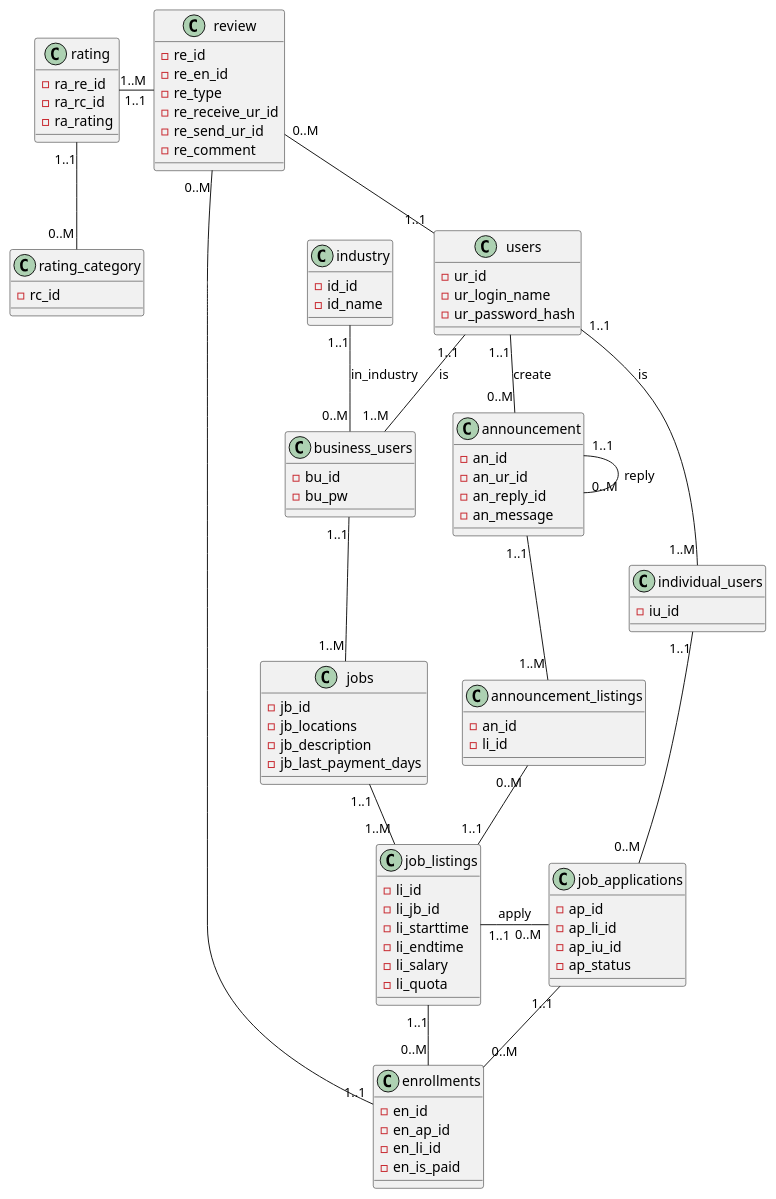
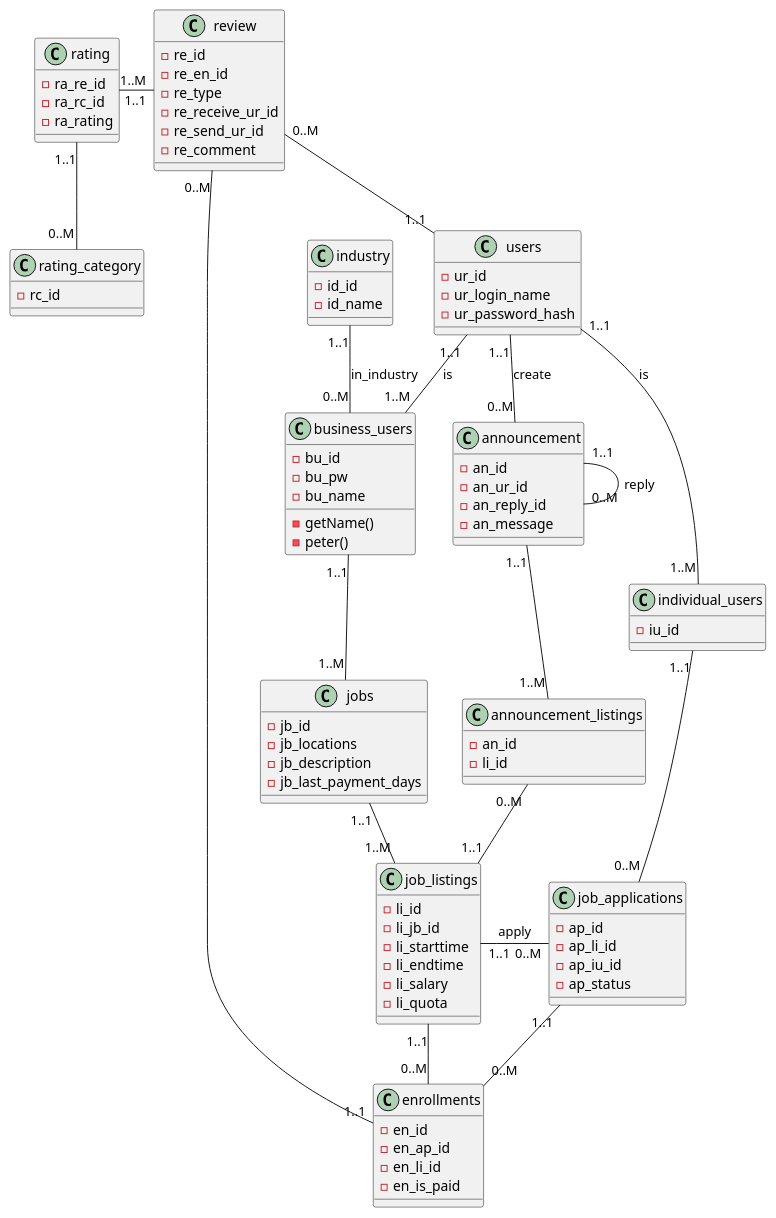
Before and after one commit to charleschen35353/manbaseHK: the diagram in README.md, drawn with PlantUML.

```diff
--- a/README.md
+++ b/README.md
@@ -7,6 +7,11 @@
     class business_users {
         - bu_id
         - bu_pw
+        - bu_name
+        - getName()
+        - peter()
+        
+        
     }
 
     class individual_users {
```
